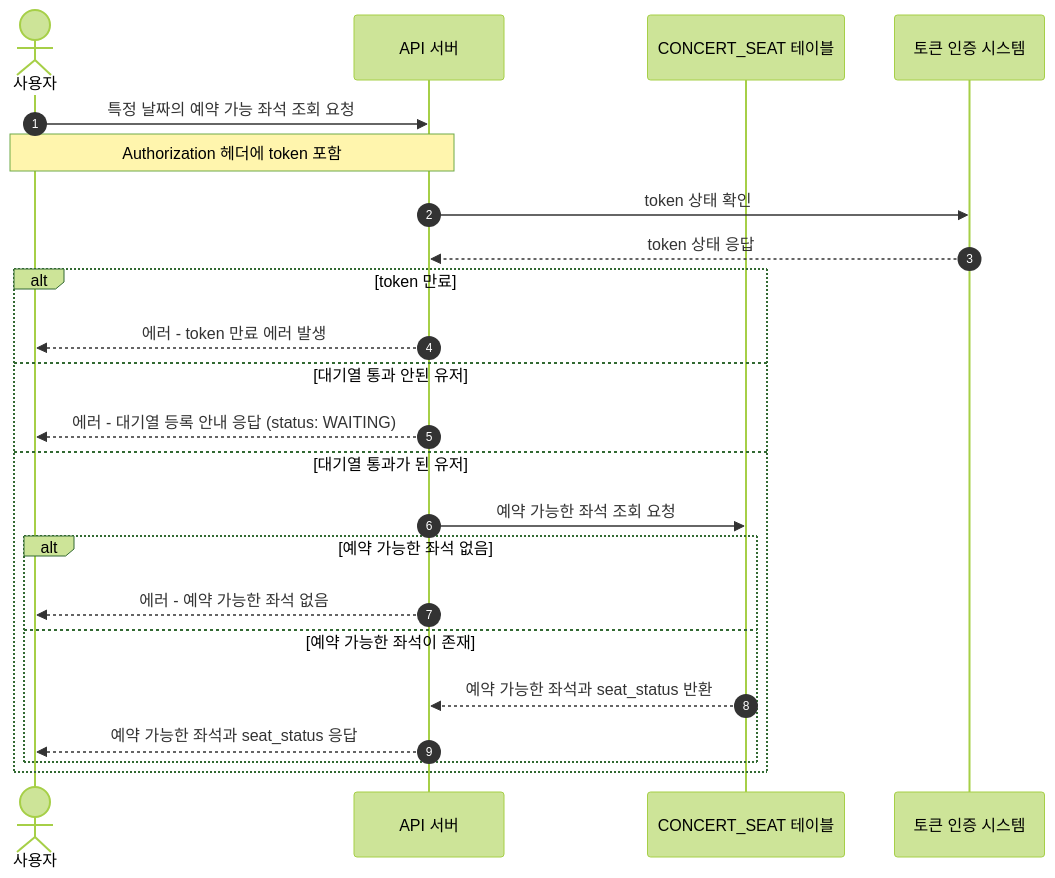
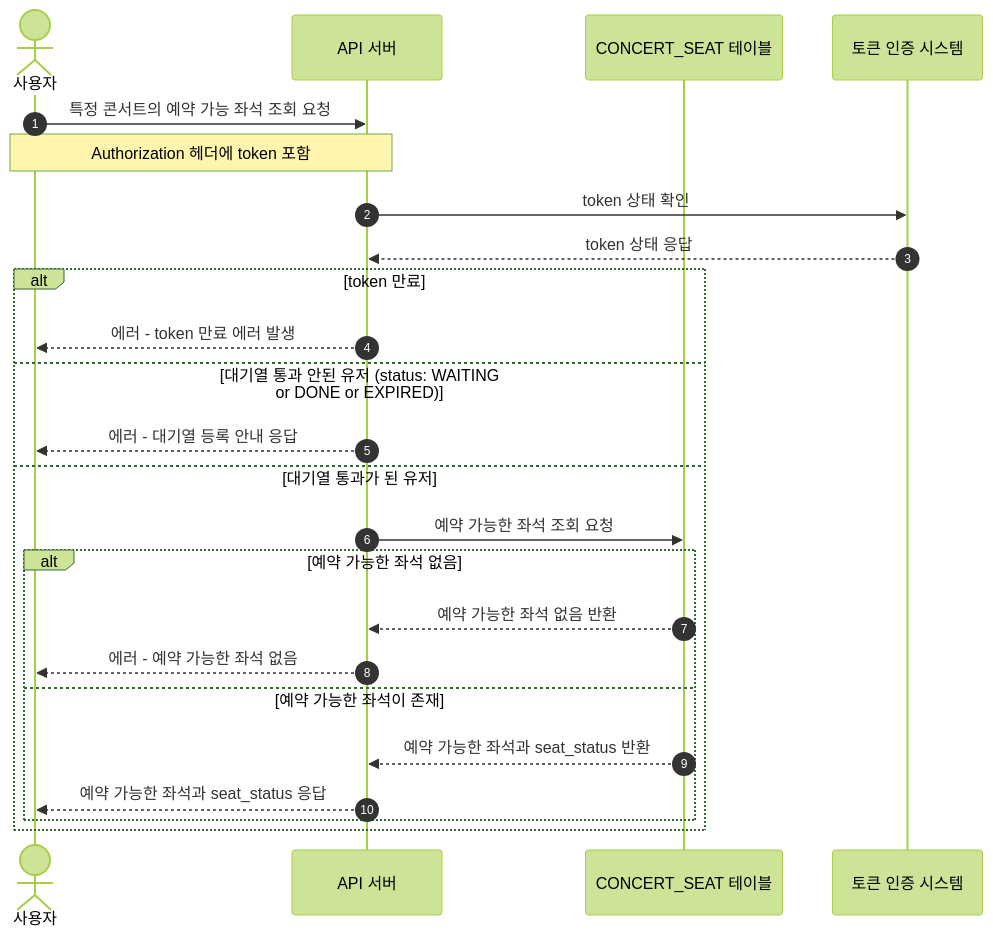
The fourth of 8 diagrams in docs/sequence.md (Cheondongmin/concert-java), drawn with Mermaid (forest theme) before and after one commit. The commit also changed other lines of this file and 2 other files, not shown here.

````diff
--- a/docs/sequence.md
+++ b/docs/sequence.md
@@ -85,25 +98,26 @@
 ```mermaid
 sequenceDiagram
     autonumber
     actor 사용자 as 사용자
     participant API as API 서버
     participant CONCERT_SEAT as CONCERT_SEAT 테이블
     participant AUTH as 토큰 인증 시스템
-    사용자 ->> API: 특정 날짜의 예약 가능 좌석 조회 요청
+    사용자 ->> API: 특정 콘서트의 예약 가능 좌석 조회 요청
     Note over 사용자, API: Authorization 헤더에 token 포함
     API ->> AUTH: token 상태 확인
     AUTH -->> API: token 상태 응답
     alt token 만료
-        API -->> 사용자: 에러 - token 만료 에러 발생
-    else 대기열 통과 안된 유저
-        API -->> 사용자: 에러 - 대기열 등록 안내 응답 (status: WAITING)
+        API -->> 사용자: 에러 - token 만료 에러 발생 
+    else 대기열 통과 안된 유저 (status: WAITING or DONE or EXPIRED)
+        API -->> 사용자: 에러 - 대기열 등록 안내 응답 
     else 대기열 통과가 된 유저
         API ->> CONCERT_SEAT: 예약 가능한 좌석 조회 요청
         alt 예약 가능한 좌석 없음
+            CONCERT_SEAT -->> API: 예약 가능한 좌석 없음 반환
             API -->> 사용자: 에러 - 예약 가능한 좌석 없음
         else 예약 가능한 좌석이 존재
             CONCERT_SEAT -->> API: 예약 가능한 좌석과 seat_status 반환
             API -->> 사용자: 예약 가능한 좌석과 seat_status 응답
         end
     end
 ```
````
